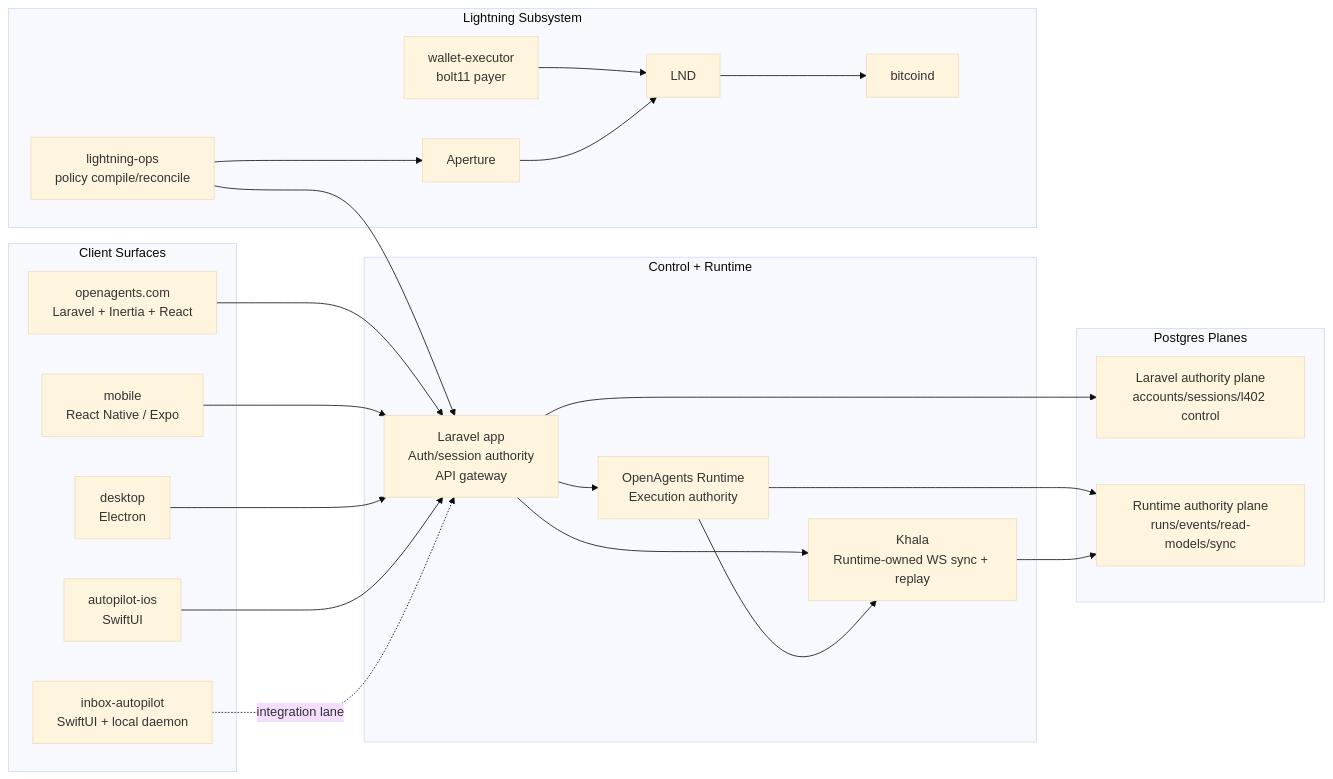
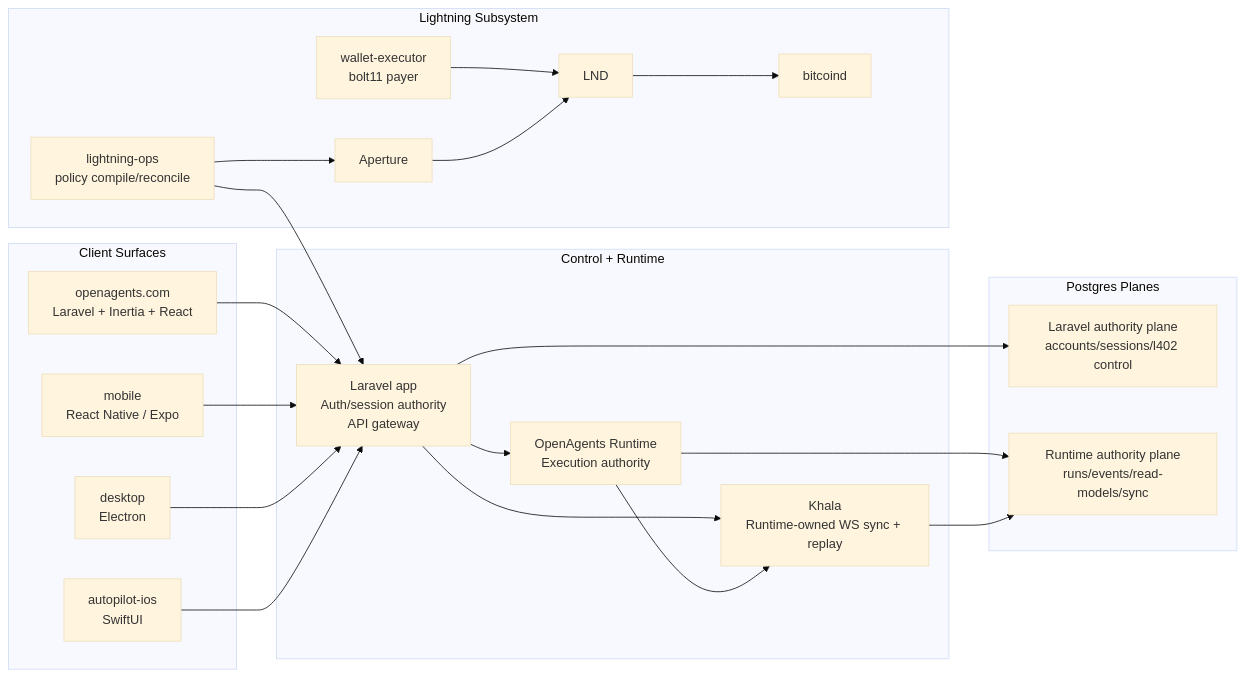
The diagram in docs/ARCHITECTURE.md (OpenAgentsInc/openagents), drawn with Mermaid (base theme) before and after one commit. The commit also changed other lines of this file and 53 other files, not shown here.

Commit message:
chore(desktop): remove inbox-autopilot app root

````diff
--- a/docs/ARCHITECTURE.md
+++ b/docs/ARCHITECTURE.md
@@ -31,49 +30,47 @@
 ```mermaid
 flowchart LR
   subgraph clients["Client Surfaces"]
     web["openagents.com\nLaravel + Inertia + React"]
     mobile["mobile\nReact Native / Expo"]
     desktop["desktop\nElectron"]
     ios["autopilot-ios\nSwiftUI"]
-    inbox["inbox-autopilot\nSwiftUI + local daemon"]
   end
 
   subgraph core["Control + Runtime"]
     laravel["Laravel app\nAuth/session authority\nAPI gateway"]
     runtime["OpenAgents Runtime\nExecution authority"]
     khala["Khala\nRuntime-owned WS sync + replay"]
   end
 
   subgraph db["Postgres Planes"]
     laravelDb["Laravel authority plane\naccounts/sessions/l402 control"]
     runtimeDb["Runtime authority plane\nruns/events/read-models/sync"]
   end
 
   subgraph lightning["Lightning Subsystem"]
     lops["lightning-ops\npolicy compile/reconcile"]
     lwe["wallet-executor\nbolt11 payer"]
     aperture["Aperture"]
     lnd["LND"]
     bitcoind["bitcoind"]
   end
 
   web --> laravel
   mobile --> laravel
   desktop --> laravel
   ios --> laravel
-  inbox -.->|integration lane| laravel
 
   laravel --> runtime
   laravel --> khala
   runtime --> khala
 
   laravel --> laravelDb
   runtime --> runtimeDb
   khala --> runtimeDb
 
   lops --> laravel
   lops --> aperture
   lwe --> lnd
   aperture --> lnd
   lnd --> bitcoind
 ```
````
